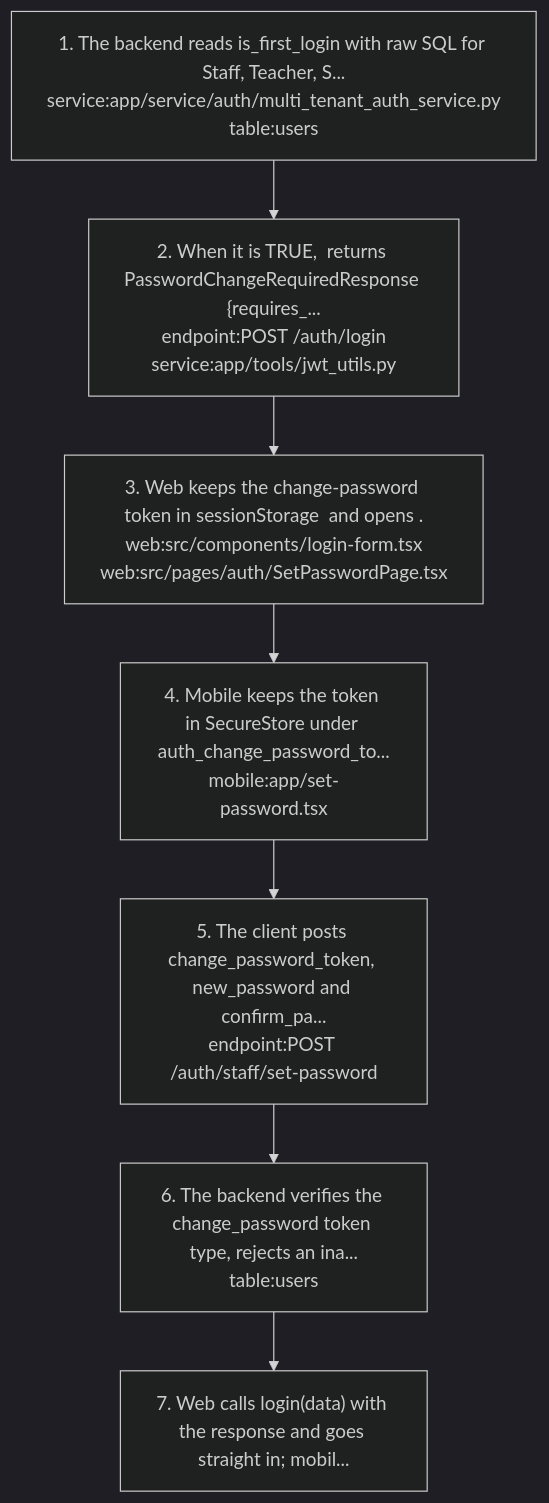
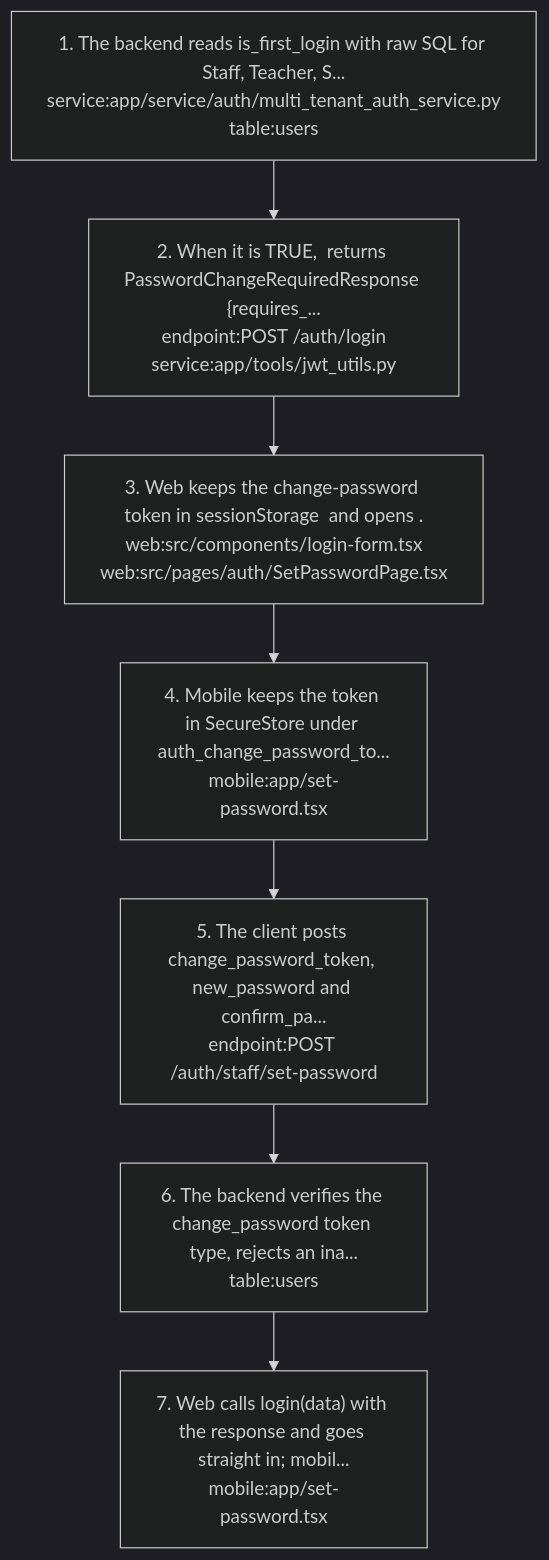
One commit to nerellasraj21/cos360_full_app changed the third of 7 diagrams in docs/graph/views/auth.md. Above: the diagram before and after it, drawn with Mermaid (dark theme). The commit also changed other lines of this file and 7 other files, not shown here.

First line of the commit message:
Sign mobile users straight in after first-login password change

````diff
--- a/docs/graph/views/auth.md
+++ b/docs/graph/views/auth.md
@@ -201,16 +201,16 @@
 ```mermaid
 flowchart TD
   s1["1. The backend reads is_first_login with raw SQL for Staff, Teacher, S...<br/>service:app/service/auth/multi_tenant_auth_service.py<br/>table:users"]
   s2["2. When it is TRUE,  returns PasswordChangeRequiredResponse {requires_...<br/>endpoint:POST /auth/login<br/>service:app/tools/jwt_utils.py"]
   s1 --> s2
   s3["3. Web keeps the change-password token in sessionStorage  and opens .<br/>web:src/components/login-form.tsx<br/>web:src/pages/auth/SetPasswordPage.tsx"]
   s2 --> s3
   s4["4. Mobile keeps the token in SecureStore under auth_change_password_to...<br/>mobile:app/set-password.tsx"]
   s3 --> s4
   s5["5. The client posts change_password_token, new_password and confirm_pa...<br/>endpoint:POST /auth/staff/set-password"]
   s4 --> s5
   s6["6. The backend verifies the change_password token type, rejects an ina...<br/>table:users"]
   s5 --> s6
-  s7["7. Web calls login(data) with the response and goes straight in; mobil..."]
+  s7["7. Web calls login(data) with the response and goes straight in; mobil...<br/>mobile:app/set-password.tsx"]
   s6 --> s7
 ```
````
